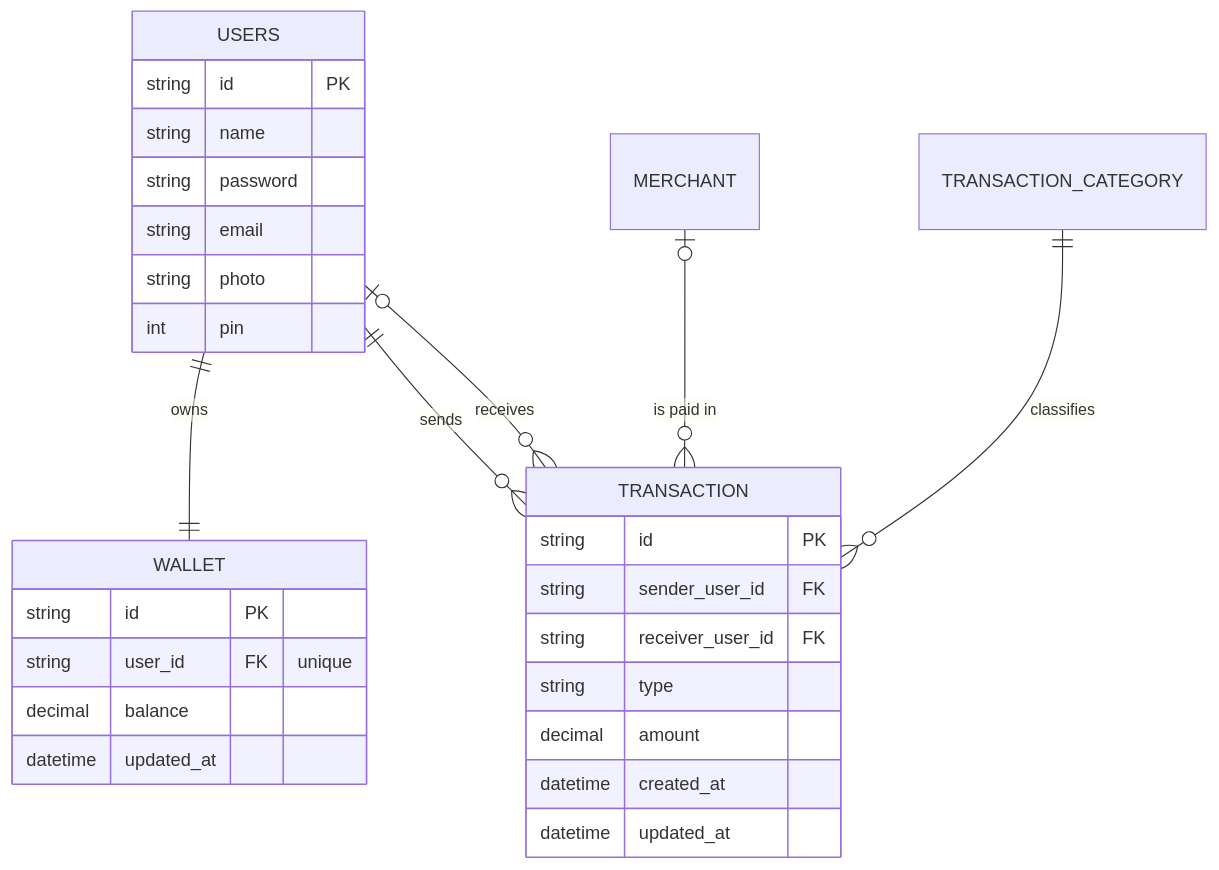
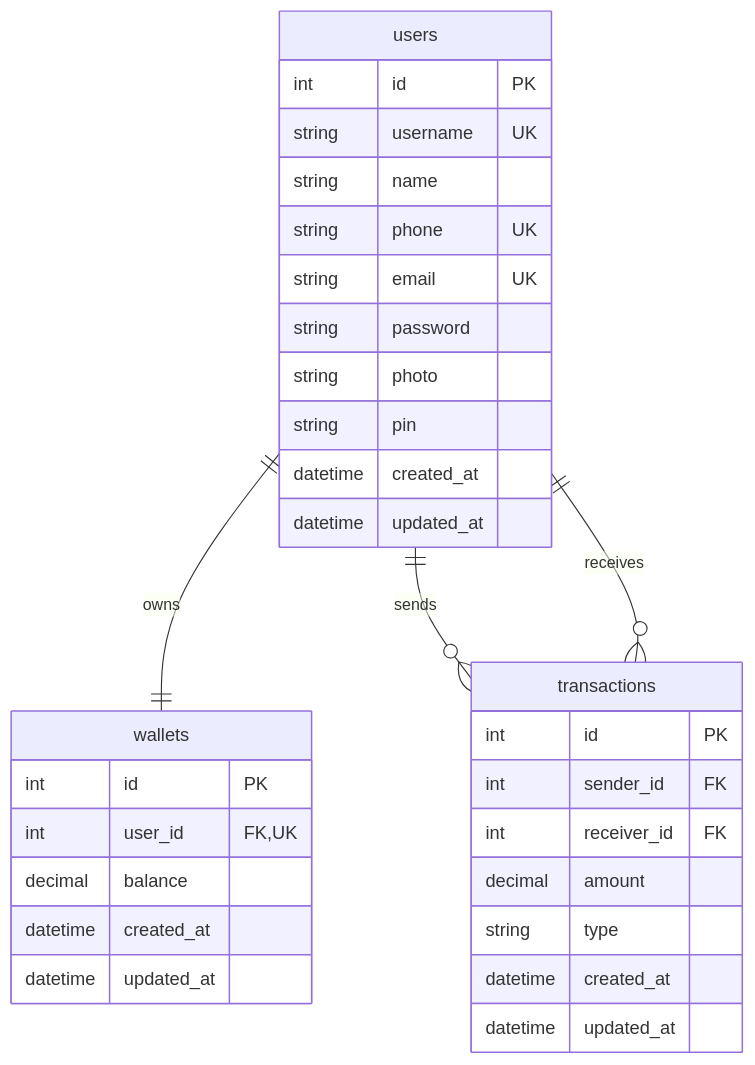
Before and after one commit to icangku/koda-b1-week3-db: the diagram in koda-b1-db3-ewallet.md, drawn with Mermaid. The commit also changed 3 other files, not shown here.

````diff
--- a/koda-b1-db3-ewallet.md
+++ b/koda-b1-db3-ewallet.md
@@ -1,31 +1,37 @@
 ```mermaid
 erDiagram
-USERS ||--||WALLET: owns
-TRANSACTION_CATEGORY ||--o{TRANSACTION:classifies
-MERCHANT |o--o{ TRANSACTION : "is paid in"
-USERS |o--o{TRANSACTION:"receives"
-USERS ||--o{TRANSACTION:"sends"
-USERS {
-  string id PK
-  string name
-  string password
-  string email
-  string photo
-  int pin
+users ||--|| wallets : owns
+users ||--o{ transactions : sends
+users ||--o{ transactions : receives
+
+users {
+    int id PK
+    string username UK
+    string name
+    string phone UK
+    string email UK
+    string password
+    string photo
+    string pin
+    datetime created_at
+    datetime updated_at
 }
-WALLET {
-  string id PK
-  string user_id FK "unique"
-  decimal balance
-  datetime updated_at
+
+wallets {
+    int id PK
+    int user_id FK,UK
+    decimal balance
+    datetime created_at
+    datetime updated_at
 }
-TRANSACTION{
-  string id PK
-  string sender_user_id FK
-  string receiver_user_id FK
-  string type
-  decimal amount
-  datetime created_at
-  datetime updated_at
+
+transactions {
+    int id PK
+    int sender_id FK
+    int receiver_id FK
+    decimal amount
+    string type
+    datetime created_at
+    datetime updated_at
 }
 ```
````
